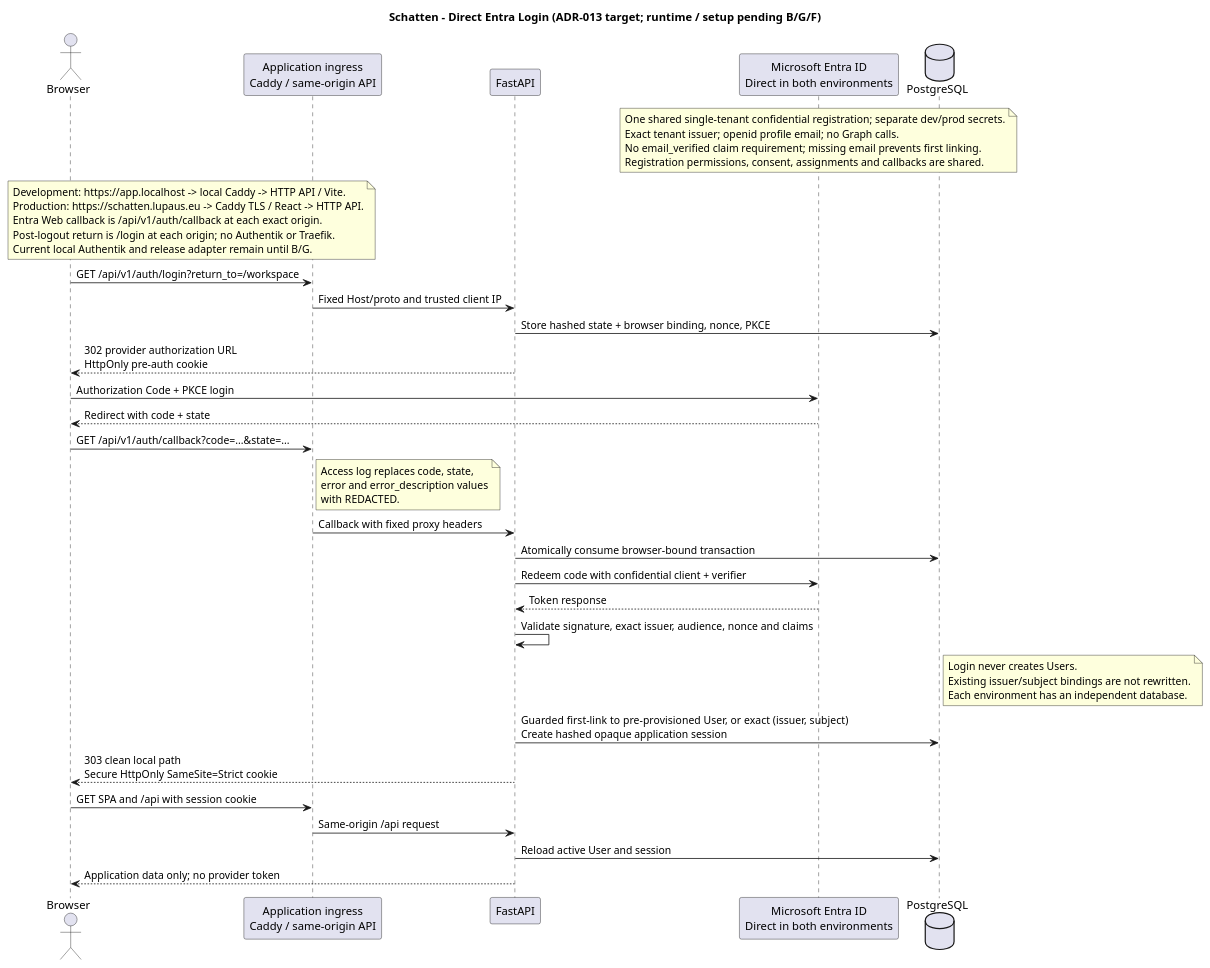
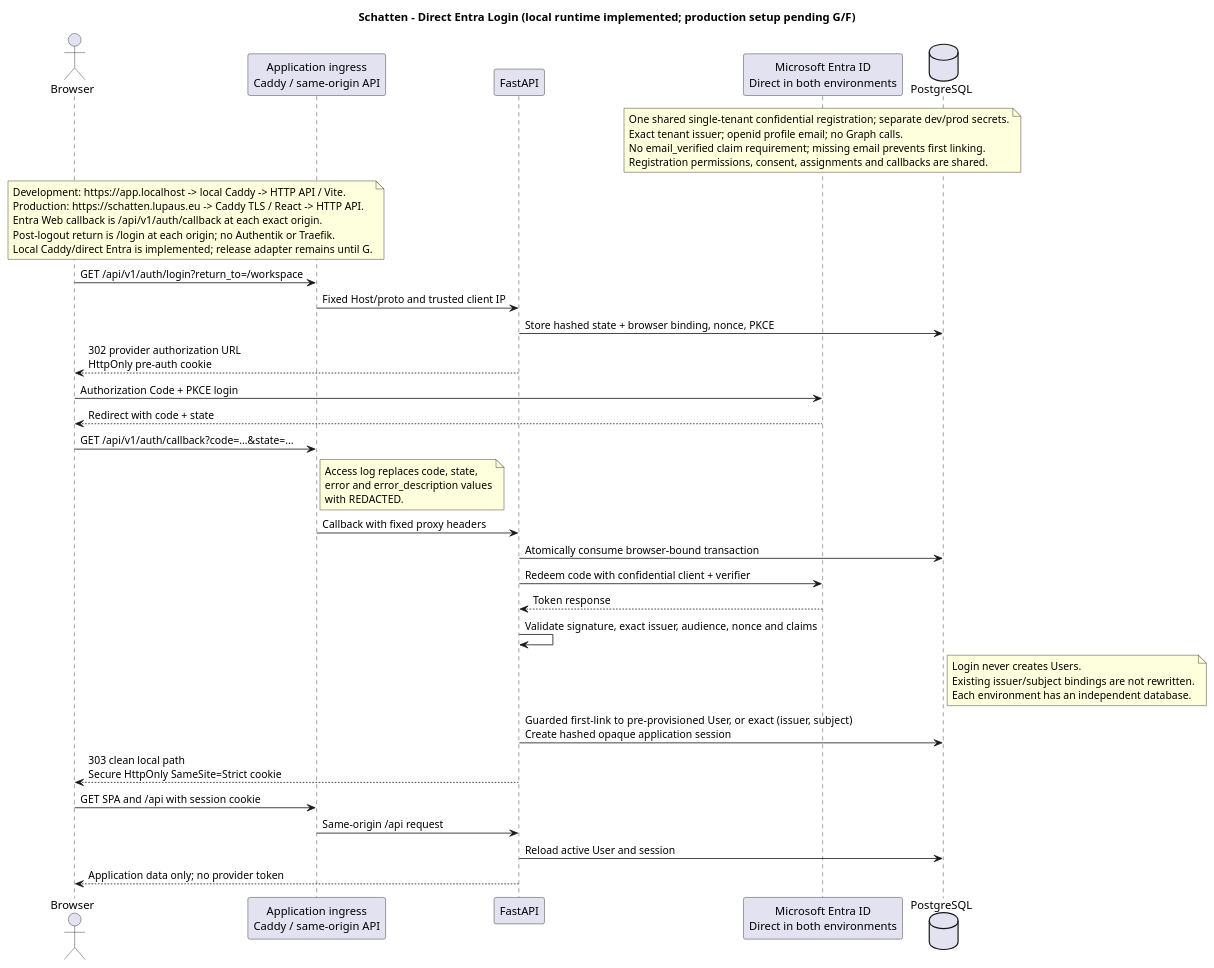
Before and after one commit to lupaus-eu/shadow: the diagram in docs/diagrams/sequence-oidc-login.puml, drawn with PlantUML. The commit also changed 53 other files, not shown here.

First line of the commit message:
feature(auth): replace Authentik with direct Entra in dev (#82)

```diff
--- a/docs/diagrams/sequence-oidc-login.puml
+++ b/docs/diagrams/sequence-oidc-login.puml
@@ -1,54 +1,54 @@
 @startuml
-title Schatten - Direct Entra Login (ADR-013 target; runtime / setup pending B/G/F)
+title Schatten - Direct Entra Login (local runtime implemented; production setup pending G/F)
 
 actor Browser
 participant "Application ingress\nCaddy / same-origin API" as Caddy
 participant "FastAPI" as API
 participant "Microsoft Entra ID\nDirect in both environments" as Provider
 database PostgreSQL as DB
 
 note over Provider
   One shared single-tenant confidential registration; separate dev/prod secrets.
   Exact tenant issuer; openid profile email; no Graph calls.
   No email_verified claim requirement; missing email prevents first linking.
   Registration permissions, consent, assignments and callbacks are shared.
 end note
 
 note over Browser, Caddy
   Development: https://app.localhost -> local Caddy -> HTTP API / Vite.
   Production: https://schatten.lupaus.eu -> Caddy TLS / React -> HTTP API.
   Entra Web callback is /api/v1/auth/callback at each exact origin.
   Post-logout return is /login at each origin; no Authentik or Traefik.
-  Current local Authentik and release adapter remain until B/G.
+  Local Caddy/direct Entra is implemented; release adapter remains until G.
 end note
 
 Browser -> Caddy : GET /api/v1/auth/login?return_to=/workspace
 Caddy -> API : Fixed Host/proto and trusted client IP
 API -> DB : Store hashed state + browser binding, nonce, PKCE
 API --> Browser : 302 provider authorization URL\nHttpOnly pre-auth cookie
 Browser -> Provider : Authorization Code + PKCE login
 Provider --> Browser : Redirect with code + state
 Browser -> Caddy : GET /api/v1/auth/callback?code=...&state=...
 note right of Caddy
   Access log replaces code, state,
   error and error_description values
   with REDACTED.
 end note
 Caddy -> API : Callback with fixed proxy headers
 API -> DB : Atomically consume browser-bound transaction
 API -> Provider : Redeem code with confidential client + verifier
 Provider --> API : Token response
 API -> API : Validate signature, exact issuer, audience, nonce and claims
 note right of DB
   Login never creates Users.
   Existing issuer/subject bindings are not rewritten.
   Each environment has an independent database.
 end note
 API -> DB : Guarded first-link to pre-provisioned User, or exact (issuer, subject)\nCreate hashed opaque application session
 API --> Browser : 303 clean local path\nSecure HttpOnly SameSite=Strict cookie
 Browser -> Caddy : GET SPA and /api with session cookie
 Caddy -> API : Same-origin /api request
 API -> DB : Reload active User and session
 API --> Browser : Application data only; no provider token
 
 @enduml
```
